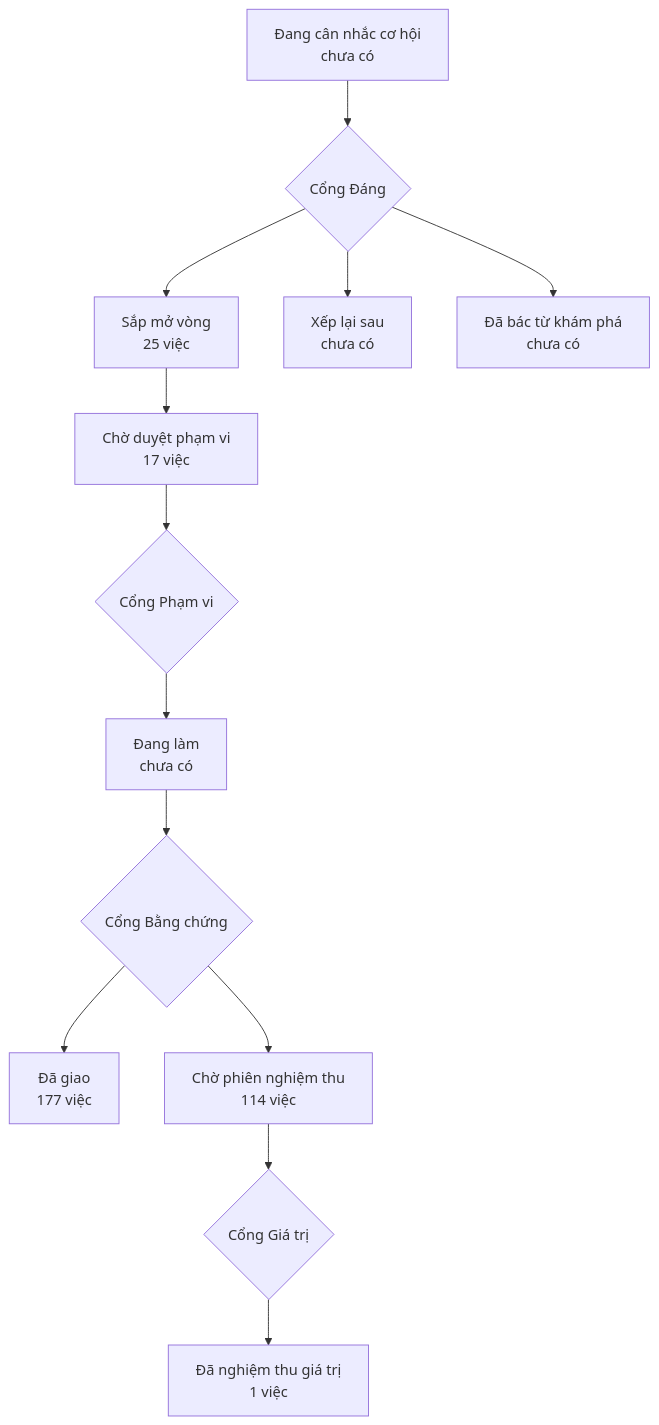
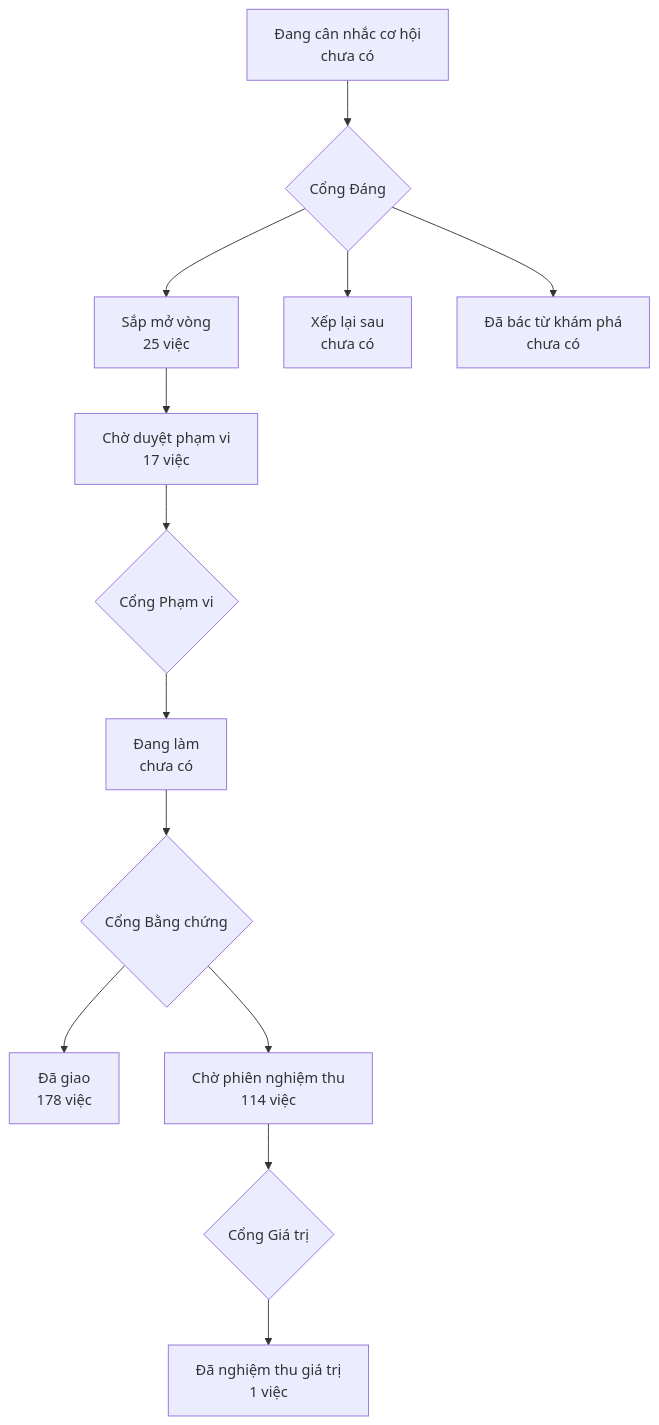
The diagram in PRODUCT-MAP.md (phanlemanh/onehub-invest), drawn with Mermaid before and after one commit. The commit also changed other lines of this file and 18 other files, not shown here.

````diff
--- a/PRODUCT-MAP.md
+++ b/PRODUCT-MAP.md
@@ -7,12 +7,12 @@
 ```mermaid
 flowchart TD
   A["Đang cân nhắc cơ hội<br/>chưa có"] --> GD{"Cổng Đáng"}
   GD --> B["Sắp mở vòng<br/>25 việc"]
   GD --> XL["Xếp lại sau<br/>chưa có"]
   GD --> DB["Đã bác từ khám phá<br/>chưa có"]
   B --> CD["Chờ duyệt phạm vi<br/>17 việc"] --> GP{"Cổng Phạm vi"}
   GP --> DL["Đang làm<br/>chưa có"] --> GB{"Cổng Bằng chứng"}
-  GB --> DG["Đã giao<br/>177 việc"]
+  GB --> DG["Đã giao<br/>178 việc"]
   GB --> CN["Chờ phiên nghiệm thu<br/>114 việc"] --> GG{"Cổng Giá trị"}
   GG --> NT["Đã nghiệm thu giá trị<br/>1 việc"]
 ```
````
